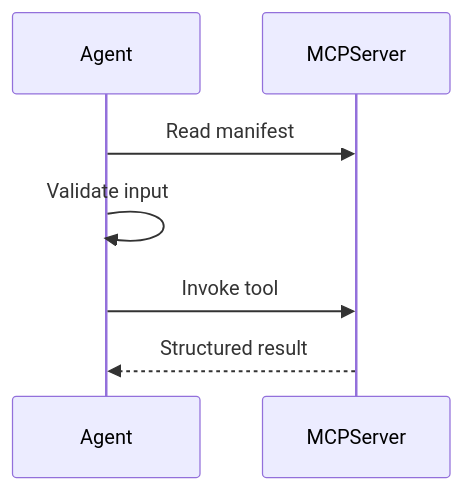
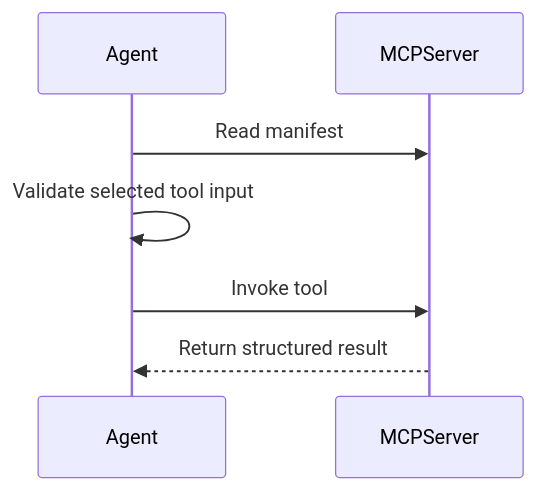
Before and after one commit to GTuritto/Agentic-Systems-Patterns: the diagram in book/docs/tools-skills-protocols/mcp-first-tool-use.md, drawn with Mermaid. The commit also changed other lines of this file and 40 other files, not shown here.

````diff
--- a/book/docs/tools-skills-protocols/mcp-first-tool-use.md
+++ b/book/docs/tools-skills-protocols/mcp-first-tool-use.md
@@ -11,9 +32,9 @@
 ```mermaid
 sequenceDiagram
   participant Agent
   participant MCPServer
   Agent->>MCPServer: Read manifest
-  Agent->>Agent: Validate input
+  Agent->>Agent: Validate selected tool input
   Agent->>MCPServer: Invoke tool
-  MCPServer-->>Agent: Structured result
+  MCPServer-->>Agent: Return structured result
 ```
````
